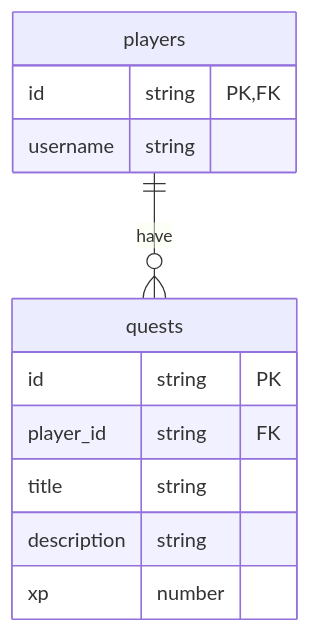
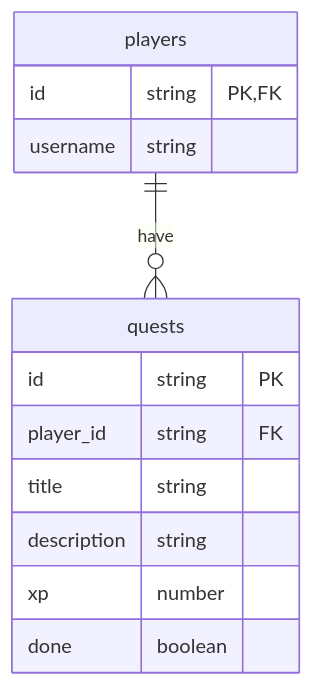
One commit to leo-d-a/gamify-website changed the diagram in README.md. Above: the diagram before and after it, drawn with Mermaid.

Commit message:
[DOC] - update db structure

````diff
--- a/README.md
+++ b/README.md
@@ -12,17 +12,18 @@
 ```mermaid
 erDiagram
 
 players {
   id string PK,FK
   username string
 }
 players ||--o{ quests: have
 
 quests {
   id string PK
   player_id string FK
   title string
   description string
   xp number
+  done boolean
 }
 ```
````
